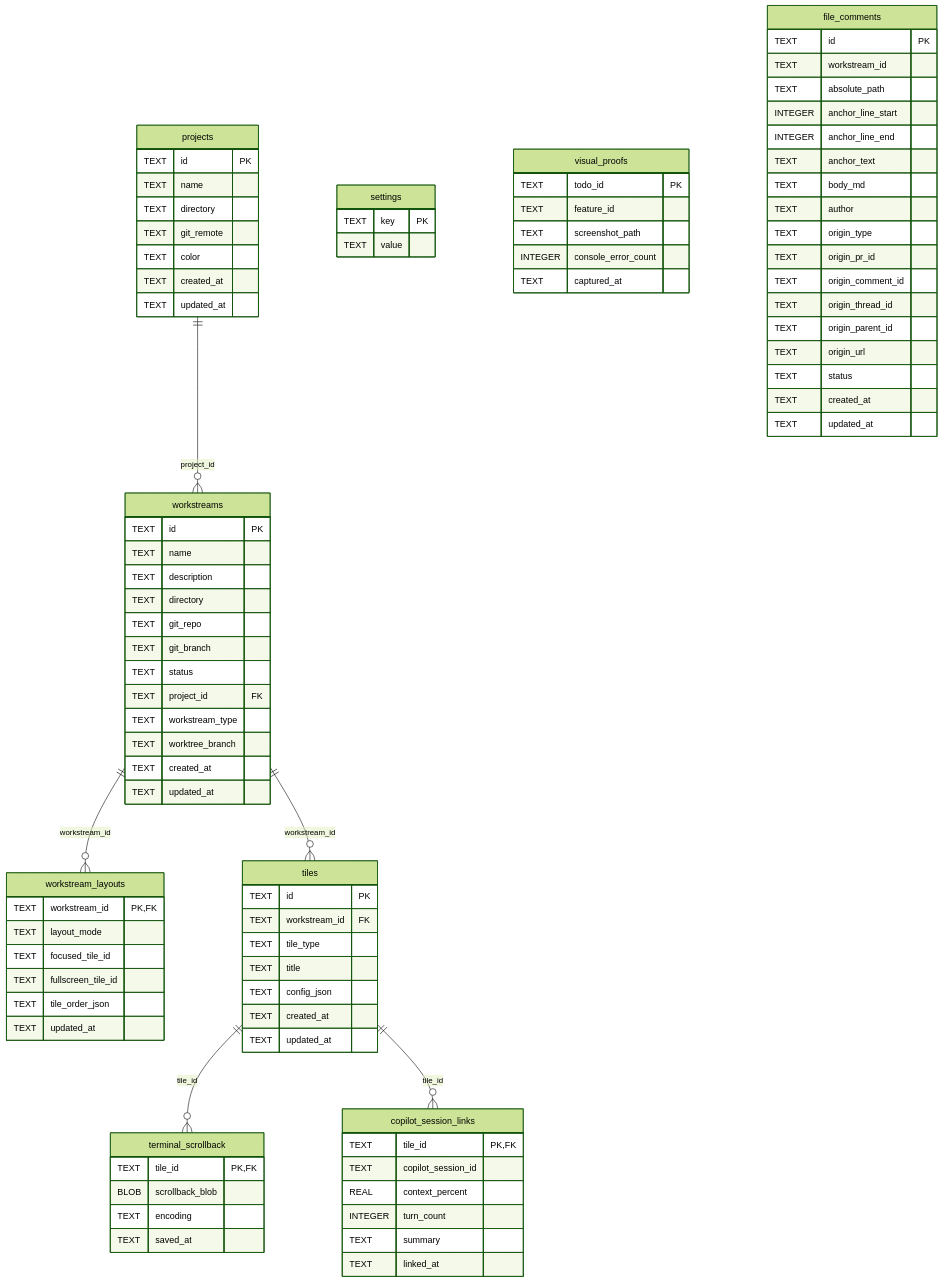
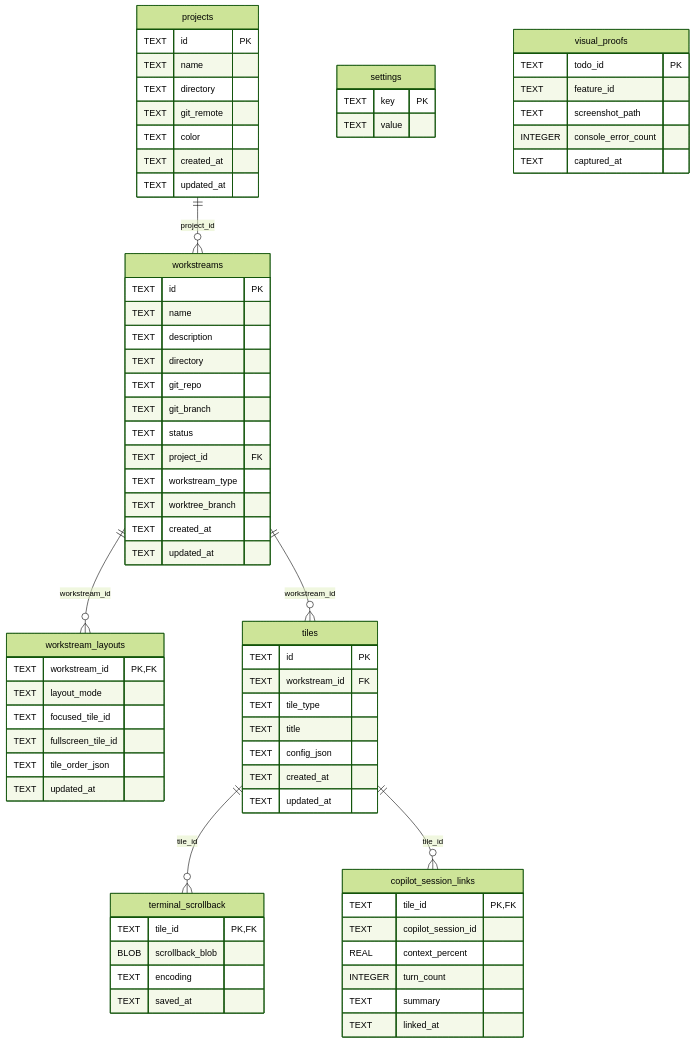
Before and after one commit to alejandroechev/workstreams: the diagram in docs/db-model.md, drawn with Mermaid (forest theme). The commit also changed other lines of this file and 10 other files, not shown here.

First line of the commit message:
refactor(file-comments): drop the legacy workstreams.db comment surface + ADO import

````diff
--- a/docs/db-model.md
+++ b/docs/db-model.md
@@ -87,23 +87,4 @@
     INTEGER console_error_count
     TEXT captured_at
   }
-  file_comments {
-    TEXT id PK
-    TEXT workstream_id
-    TEXT absolute_path
-    INTEGER anchor_line_start
-    INTEGER anchor_line_end
-    TEXT anchor_text
-    TEXT body_md
-    TEXT author
-    TEXT origin_type
-    TEXT origin_pr_id
-    TEXT origin_comment_id
-    TEXT origin_thread_id
-    TEXT origin_parent_id
-    TEXT origin_url
-    TEXT status
-    TEXT created_at
-    TEXT updated_at
-  }
 ```
````
